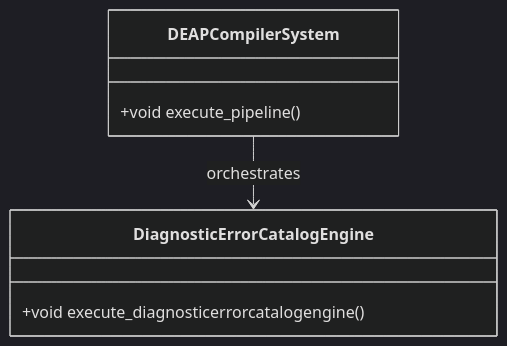
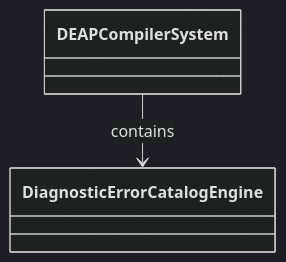
The diagram in docs/features/FEAT-56-DiagnosticErrorCatalogEngine.md (gintatkinson/dumpiler-01), drawn with Mermaid (dark theme) before and after one commit. The commit also changed other lines of this file and 101 other files, not shown here.

````diff
--- a/docs/features/FEAT-56-DiagnosticErrorCatalogEngine.md
+++ b/docs/features/FEAT-56-DiagnosticErrorCatalogEngine.md
@@ -25,10 +29,6 @@
 ```mermaid
 classDiagram
-    class DEAPCompilerSystem {
-        +void execute_pipeline()
-    }
-    class DiagnosticErrorCatalogEngine {
-        +void execute_diagnosticerrorcatalogengine()
-    }
-    DEAPCompilerSystem --> DiagnosticErrorCatalogEngine : orchestrates
+    class DEAPCompilerSystem
+    class DiagnosticErrorCatalogEngine
+    DEAPCompilerSystem --> DiagnosticErrorCatalogEngine : contains
 ```
````
